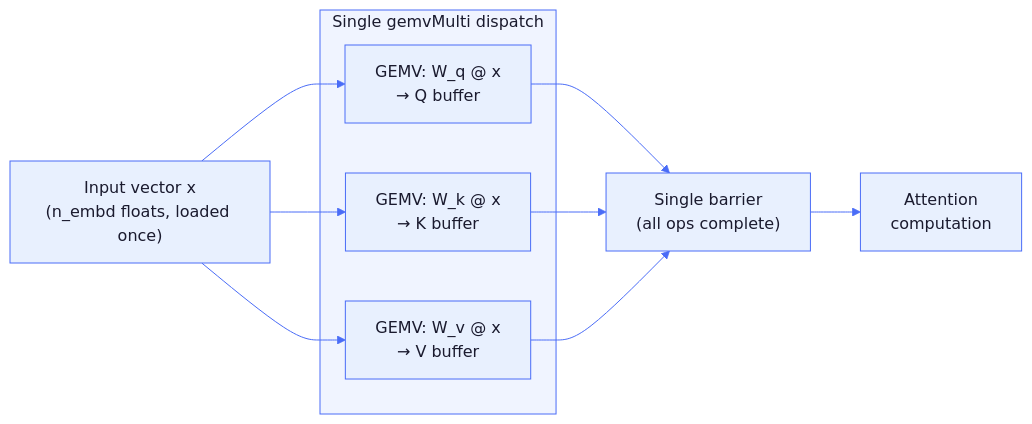
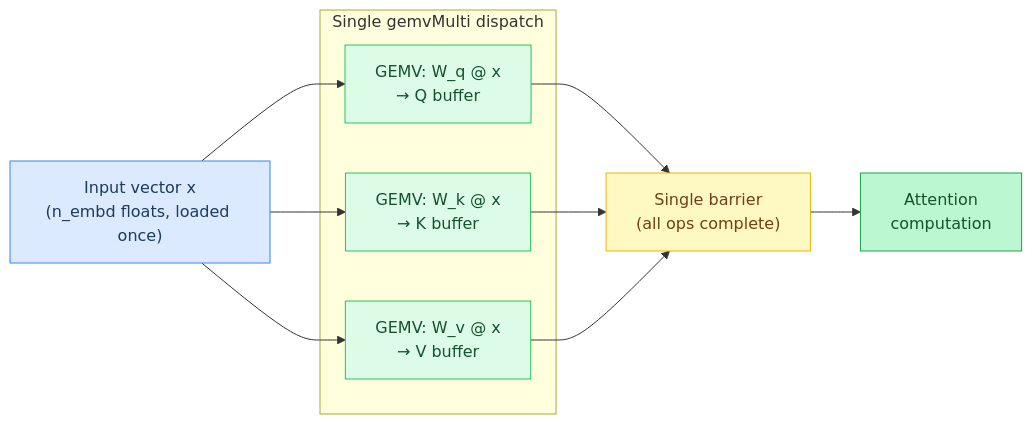
Before and after one commit to maci0/agave: the second of 8 diagrams in docs/tutorial/13-batched-dispatch-and-fusion.md, drawn with Mermaid. The commit also changed other lines of this file and 24 other files, not shown here.

First line of the commit message:
docs: convert all mermaid diagrams to classDef semantic colors

````diff
--- a/docs/tutorial/13-batched-dispatch-and-fusion.md
+++ b/docs/tutorial/13-batched-dispatch-and-fusion.md
@@ -97,34 +97,32 @@
 ```mermaid
-%%{init: {'theme': 'base', 'themeVariables': {
-  'primaryColor': '#e8f0fe',
-  'primaryTextColor': '#1a1a2e',
-  'primaryBorderColor': '#4a6cf7',
-  'lineColor': '#4a6cf7',
-  'secondaryColor': '#f0f4ff',
-  'tertiaryColor': '#f8f9ff',
-  'edgeLabelBackground': '#ffffff',
-  'clusterBkg': '#f0f4ff',
-  'clusterBorder': '#4a6cf7',
-  'titleColor': '#1a1a2e',
-  'nodeTextColor': '#1a1a2e',
-  'fontFamily': 'ui-monospace, SFMono-Regular, monospace'
-}}}%%
 flowchart LR
-    X["Input vector x\n(n_embd floats, loaded once)"]
+    classDef setup     fill:#dbeafe,stroke:#3b82f6,color:#1e3a5f
+    classDef sync      fill:#dcfce7,stroke:#22c55e,color:#14532d
+    classDef migration fill:#fef9c3,stroke:#eab308,color:#713f12
+    classDef success   fill:#bbf7d0,stroke:#16a34a,color:#14532d
+    classDef danger    fill:#fee2e2,stroke:#ef4444,color:#7f1d1d
+    classDef optional  fill:#f3e8ff,stroke:#9333ea,color:#581c87
 
-    X --> GQ["GEMV: W_q @ x\n→ Q buffer"]
-    X --> GK["GEMV: W_k @ x\n→ K buffer"]
-    X --> GV["GEMV: W_v @ x\n→ V buffer"]
+    X["Input vector x\n(n_embd floats, loaded once)"]:::setup
+    GQ["GEMV: W_q @ x\n→ Q buffer"]:::sync
+    GK["GEMV: W_k @ x\n→ K buffer"]:::sync
+    GV["GEMV: W_v @ x\n→ V buffer"]:::sync
+    Bar["Single barrier\n(all ops complete)"]:::migration
+    Attn["Attention\ncomputation"]:::success
 
-    GQ --> Bar["Single barrier\n(all ops complete)"]
+    X --> GQ
+    X --> GK
+    X --> GV
+
+    GQ --> Bar
     GK --> Bar
     GV --> Bar
 
-    Bar --> Attn["Attention\ncomputation"]
+    Bar --> Attn
 
     subgraph OneDispatch["Single gemvMulti dispatch"]
         GQ
         GK
         GV
     end
 ```
````
